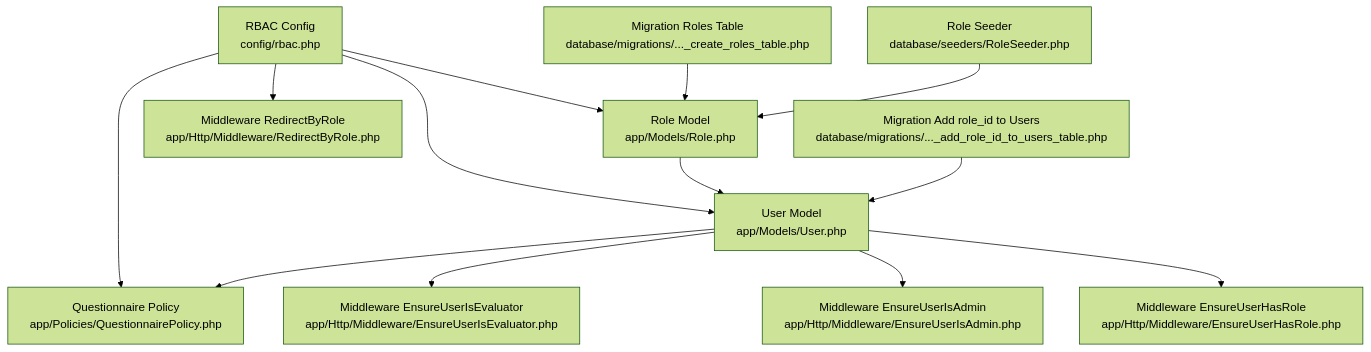
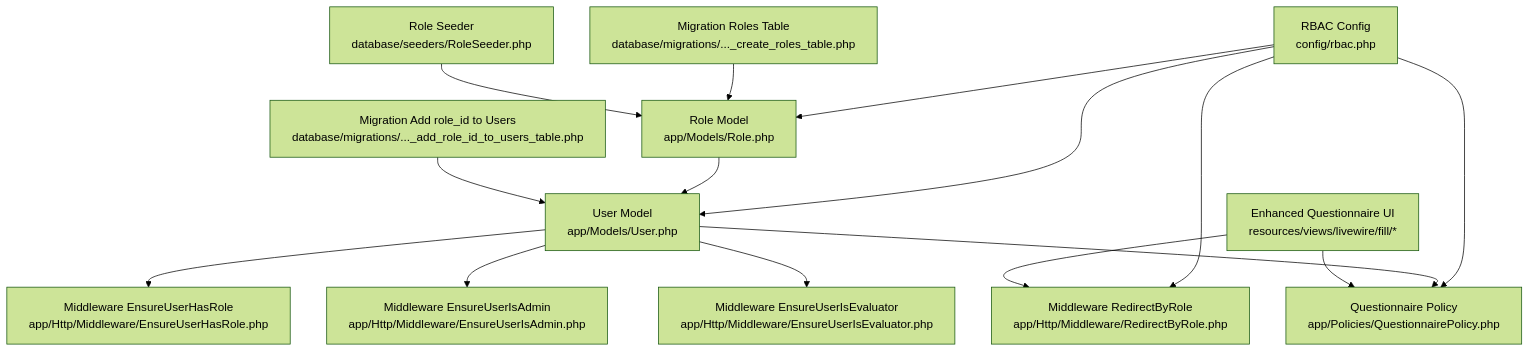
Before and after one commit to rudicatsmile/assesment360: the first of 6 diagrams in .qoder/repowiki/en/content/Role-Based Access Control/Role-Based Access Control.md, drawn with Mermaid (forest theme). The commit also changed other lines of this file and 5 other files, not shown here.

````diff
--- a/.qoder/repowiki/en/content/Role-Based Access Control/Role-Based Access Control.md
+++ b/.qoder/repowiki/en/content/Role-Based Access Control/Role-Based Access Control.md
@@ -44,26 +55,29 @@
 ```mermaid
 graph TB
 Config["RBAC Config<br/>config/rbac.php"]
 RoleModel["Role Model<br/>app/Models/Role.php"]
 UserModel["User Model<br/>app/Models/User.php"]
 MiddlewareHasRole["Middleware EnsureUserHasRole<br/>app/Http/Middleware/EnsureUserHasRole.php"]
 MiddlewareIsAdmin["Middleware EnsureUserIsAdmin<br/>app/Http/Middleware/EnsureUserIsAdmin.php"]
 MiddlewareIsEvaluator["Middleware EnsureUserIsEvaluator<br/>app/Http/Middleware/EnsureUserIsEvaluator.php"]
 MiddlewareRedirect["Middleware RedirectByRole<br/>app/Http/Middleware/RedirectByRole.php"]
 Policy["Questionnaire Policy<br/>app/Policies/QuestionnairePolicy.php"]
 RolesTable["Migration Roles Table<br/>database/migrations/..._create_roles_table.php"]
 UsersRolesTable["Migration Add role_id to Users<br/>database/migrations/..._add_role_id_to_users_table.php"]
 Seeder["Role Seeder<br/>database/seeders/RoleSeeder.php"]
+QuestionnaireUI["Enhanced Questionnaire UI<br/>resources/views/livewire/fill/*"]
 Config --> RoleModel
 Config --> UserModel
 Config --> MiddlewareRedirect
 Config --> Policy
 RoleModel --> UserModel
 UserModel --> MiddlewareHasRole
 UserModel --> MiddlewareIsAdmin
 UserModel --> MiddlewareIsEvaluator
 UserModel --> Policy
 RolesTable --> RoleModel
 UsersRolesTable --> UserModel
 Seeder --> RoleModel
+QuestionnaireUI --> MiddlewareRedirect
+QuestionnaireUI --> Policy
 ```
````
